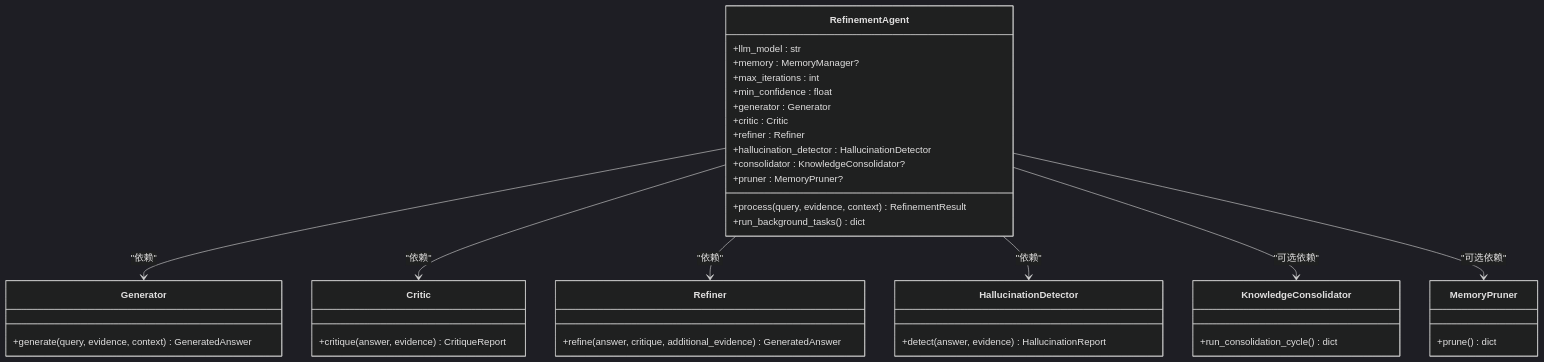
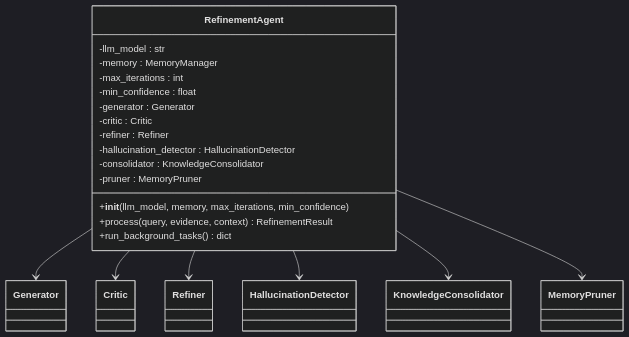
Before and after one commit to JieGaoPrinceton/NecoRAG: the third of 10 diagrams in .qoder/repowiki/zh/content/巩固层模块/精炼代理核心.md, drawn with Mermaid (dark theme). The commit also changed other lines of this file and 181 other files, not shown here.

````diff
--- a/.qoder/repowiki/zh/content/巩固层模块/精炼代理核心.md
+++ b/.qoder/repowiki/zh/content/巩固层模块/精炼代理核心.md
@@ -186,41 +150,30 @@
 ```mermaid
 classDiagram
 class RefinementAgent {
-+llm_model : str
-+memory : MemoryManager?
-+max_iterations : int
-+min_confidence : float
-+generator : Generator
-+critic : Critic
-+refiner : Refiner
-+hallucination_detector : HallucinationDetector
-+consolidator : KnowledgeConsolidator?
-+pruner : MemoryPruner?
+-llm_model : str
+-memory : MemoryManager
+-max_iterations : int
+-min_confidence : float
+-generator : Generator
+-critic : Critic
+-refiner : Refiner
+-hallucination_detector : HallucinationDetector
+-consolidator : KnowledgeConsolidator
+-pruner : MemoryPruner
++__init__(llm_model, memory, max_iterations, min_confidence)
 +process(query, evidence, context) RefinementResult
 +run_background_tasks() dict
 }
-class Generator {
-+generate(query, evidence, context) GeneratedAnswer
-}
-class Critic {
-+critique(answer, evidence) CritiqueReport
-}
-class Refiner {
-+refine(answer, critique, additional_evidence) GeneratedAnswer
-}
-class HallucinationDetector {
-+detect(answer, evidence) HallucinationReport
-}
-class KnowledgeConsolidator {
-+run_consolidation_cycle() dict
-}
-class MemoryPruner {
-+prune() dict
-}
-RefinementAgent --> Generator : "依赖"
-RefinementAgent --> Critic : "依赖"
-RefinementAgent --> Refiner : "依赖"
-RefinementAgent --> HallucinationDetector : "依赖"
-RefinementAgent --> KnowledgeConsolidator : "可选依赖"
-RefinementAgent --> MemoryPruner : "可选依赖"
+class Generator
+class Critic
+class Refiner
+class HallucinationDetector
+class KnowledgeConsolidator
+class MemoryPruner
+RefinementAgent --> Generator
+RefinementAgent --> Critic
+RefinementAgent --> Refiner
+RefinementAgent --> HallucinationDetector
+RefinementAgent --> KnowledgeConsolidator
+RefinementAgent --> MemoryPruner
 ```
````
